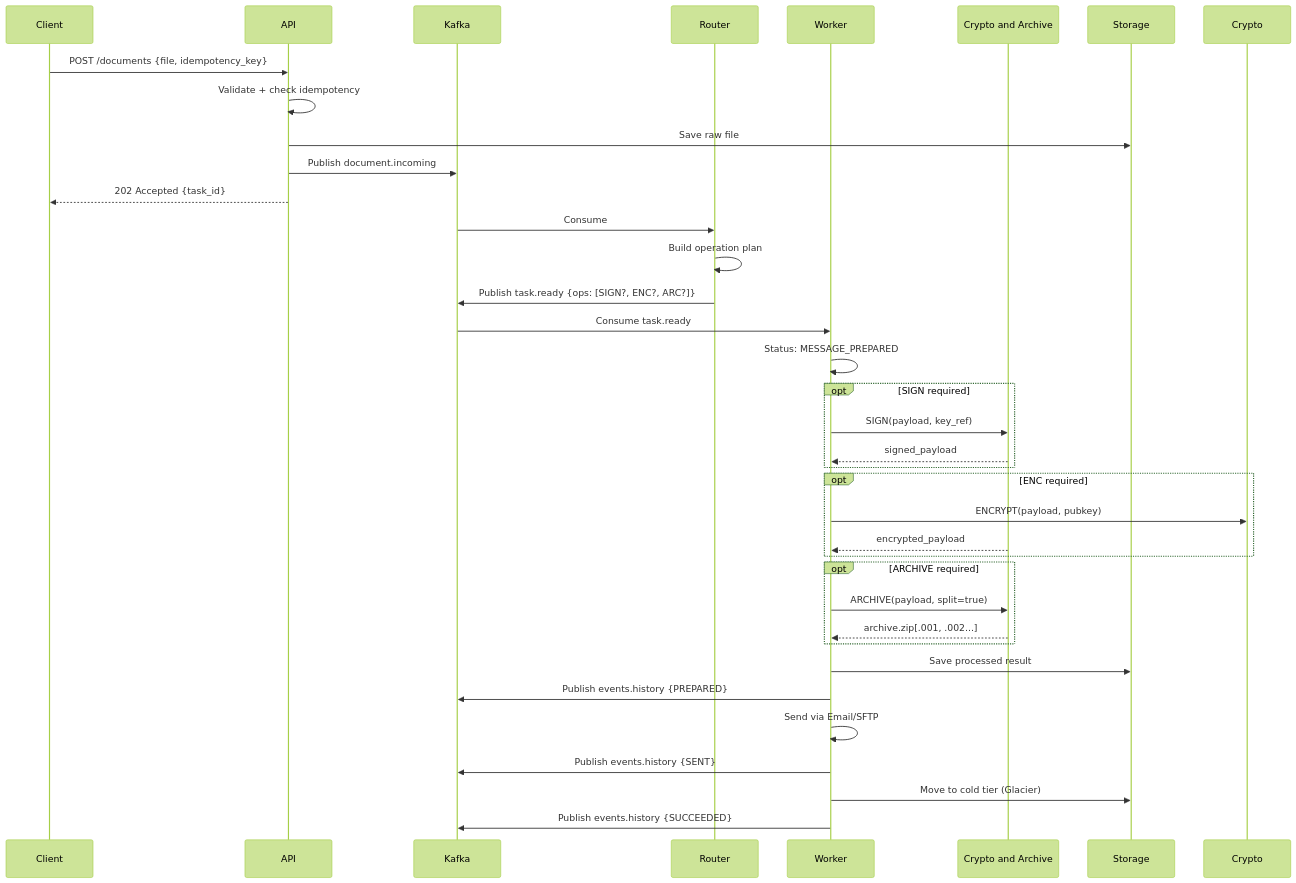
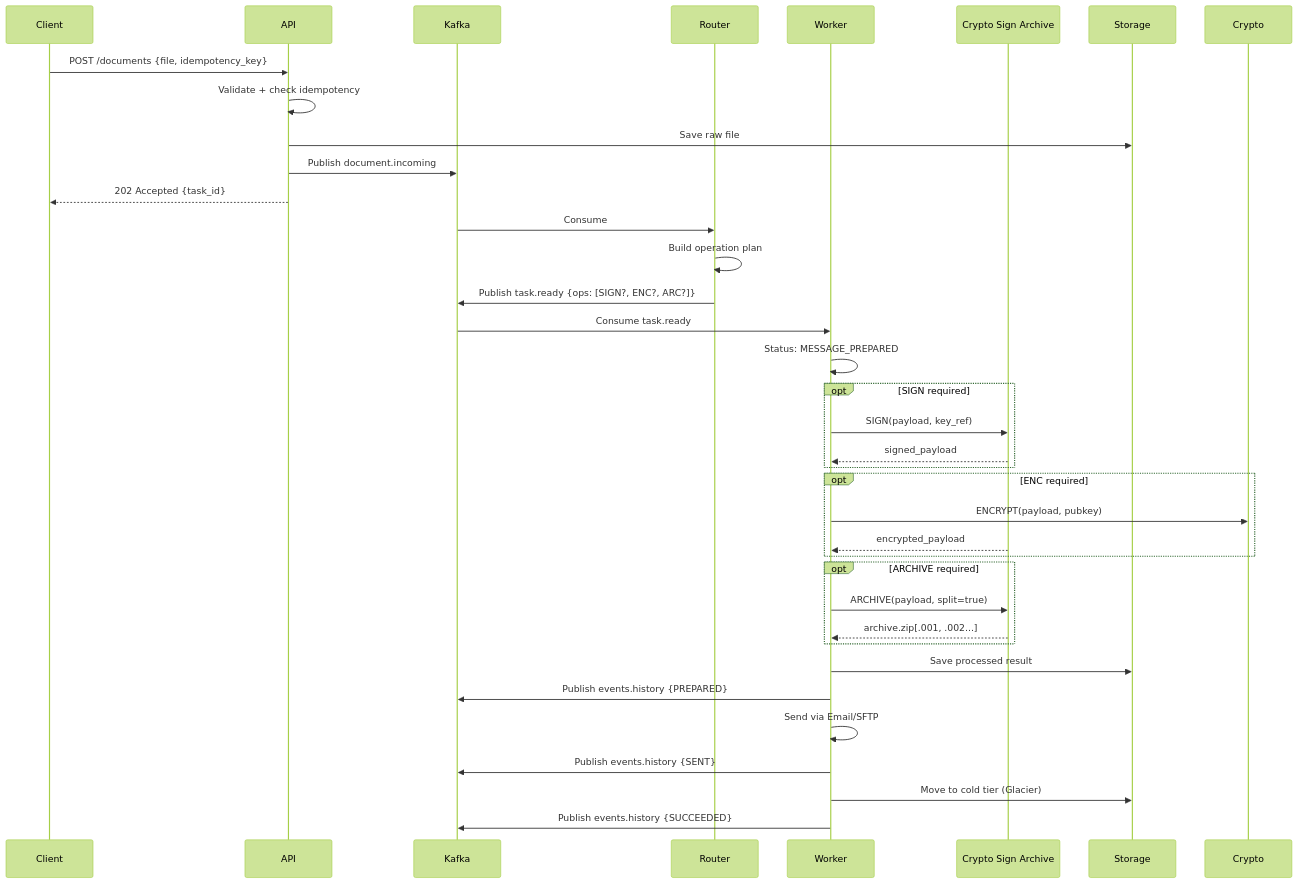
Before and after one commit to AlexanderScheqolev/DS_DDF: the fourth of 6 diagrams in dev-solution-documents.md, drawn with Mermaid (forest theme).

````diff
--- a/dev-solution-documents.md
+++ b/dev-solution-documents.md
@@ -395,46 +395,46 @@
 ```mermaid
 sequenceDiagram
     participant Client
     participant API
     participant Kafka
     participant Router
     participant Worker
-    participant Crypto and Archive
+    participant Crypto Sign Archive
     participant Storage
 
     Client->>API: POST /documents {file, idempotency_key}
     API->>API: Validate + check idempotency
     API->>Storage: Save raw file
     API->>Kafka: Publish document.incoming
     API-->>Client: 202 Accepted {task_id}
     
     Kafka->>Router: Consume
     Router->>Router: Build operation plan
     Router->>Kafka: Publish task.ready {ops: [SIGN?, ENC?, ARC?]}
     
     Kafka->>Worker: Consume task.ready
     Worker->>Worker: Status: MESSAGE_PREPARED
     
     opt SIGN required
-        Worker->>Crypto and Archive: SIGN(payload, key_ref)
-        Crypto and Archive-->>Worker: signed_payload
+        Worker->>Crypto Sign Archive: SIGN(payload, key_ref)
+        Crypto Sign Archive-->>Worker: signed_payload
     end
     
     opt ENC required
         Worker->>Crypto: ENCRYPT(payload, pubkey)
-        Crypto and Archive-->>Worker: encrypted_payload
+        Crypto Sign Archive-->>Worker: encrypted_payload
     end
     
     opt ARCHIVE required
-        Worker->>Crypto and Archive: ARCHIVE(payload, split=true)
-        Crypto and Archive-->>Worker: archive.zip[.001, .002...]
+        Worker->>Crypto Sign Archive: ARCHIVE(payload, split=true)
+        Crypto Sign Archive-->>Worker: archive.zip[.001, .002...]
     end
     
     Worker->>Storage: Save processed result
     Worker->>Kafka: Publish events.history {PREPARED}
     
     Worker->>Worker: Send via Email/SFTP
     Worker->>Kafka: Publish events.history {SENT}
     Worker->>Storage: Move to cold tier (Glacier)
     Worker->>Kafka: Publish events.history {SUCCEEDED}
 ```
````
